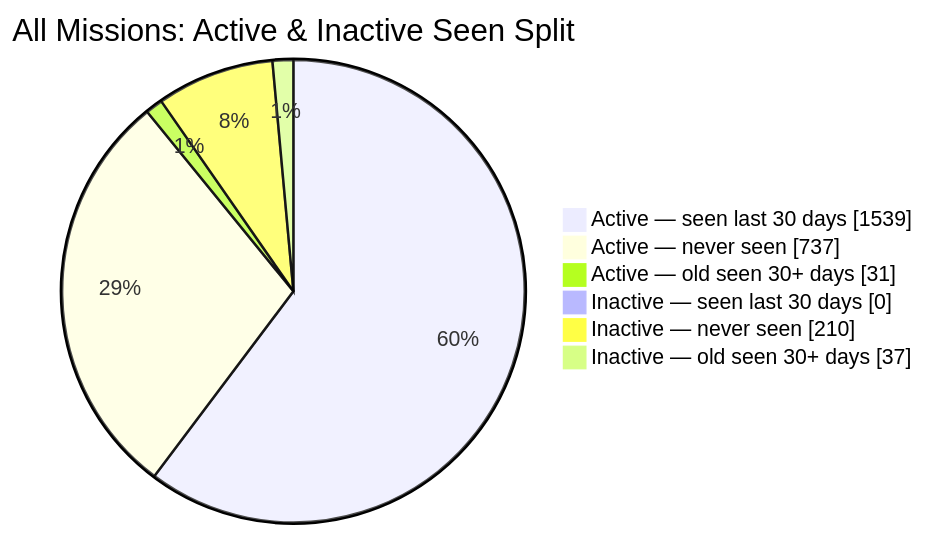
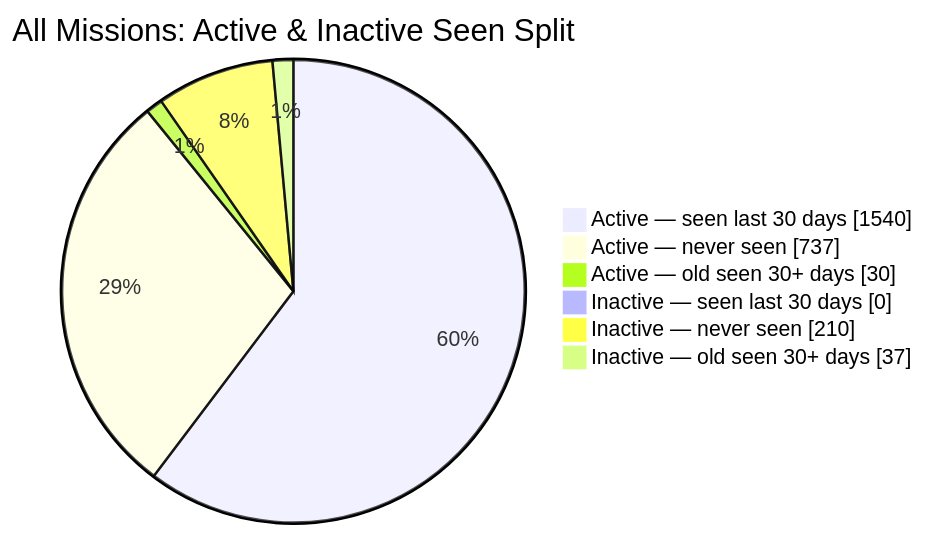
The second of 2 diagrams in README.md (MeldkamerspelGameTeam/active-missions), drawn with Mermaid before and after one commit. The commit also changed other lines of this file and 3 other files, not shown here.

````diff
--- a/README.md
+++ b/README.md
@@ -44,10 +44,10 @@
 ```mermaid
 pie showData
     title All Missions: Active & Inactive Seen Split
-    "Active — seen last 30 days" : 1539
+    "Active — seen last 30 days" : 1540
     "Active — never seen" : 737
-    "Active — old seen 30+ days" : 31
+    "Active — old seen 30+ days" : 30
     "Inactive — seen last 30 days" : 0
     "Inactive — never seen" : 210
     "Inactive — old seen 30+ days" : 37
 ```
````
